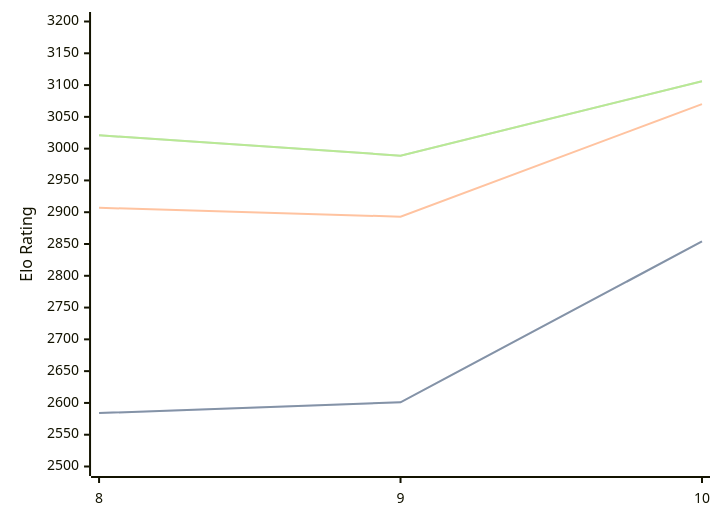
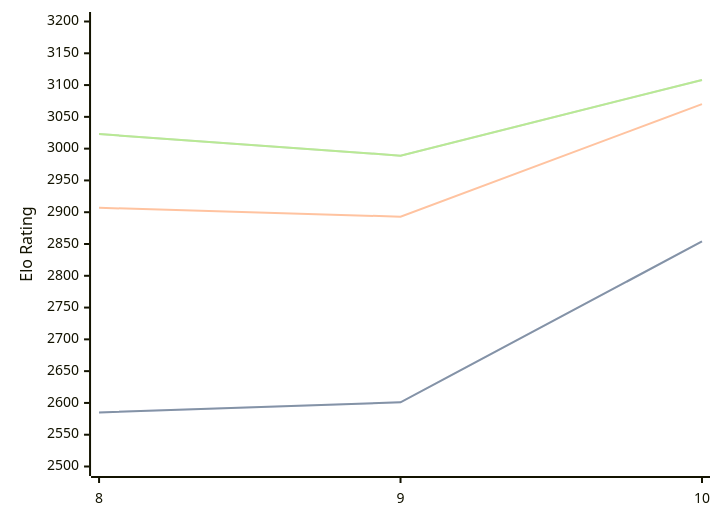
One commit to computer-chess-index/cci changed the third of 3 diagrams in engines/Lozza.md. Above: the diagram before and after it, drawn with Mermaid. The commit also changed other lines of this file, not shown here.

Commit message:
Update CCI Ratings (ELO VLTC) - 2026-07-09

````diff
--- a/engines/Lozza.md
+++ b/engines/Lozza.md
@@ -74,11 +74,11 @@
 ```mermaid
 %%{init: {"theme":"base","themeVariables":{"seriesColors:['#a3a3a3','#222221','#faa371']}}}%%
 xychart-beta
   x-axis ["8", "9", "10"]
   y-axis "Elo Rating" 2500 --> 3200
-  line "STC (8.0+0.08s)" [2584, 2601, 2854]
-  line "STC (8.0+0.08s)" [2584, 2601, 2854]
+  line "STC (8.0+0.08s)" [2585, 2601, 2854]
+  line "STC (8.0+0.08s)" [2585, 2601, 2854]
   line "LTC (60.0+0.60s)" [2907, 2893, 3070]
-  line "VLTC (2m24s+1.12s)" [3021, 2989, 3106]
-  line "VLTC (2m24s+1.12s)" [3021, 2989, 3106]
+  line "VLTC (2m24s+1.12s)" [3023, 2989, 3108]
+  line "VLTC (2m24s+1.12s)" [3023, 2989, 3108]
 ```
````
